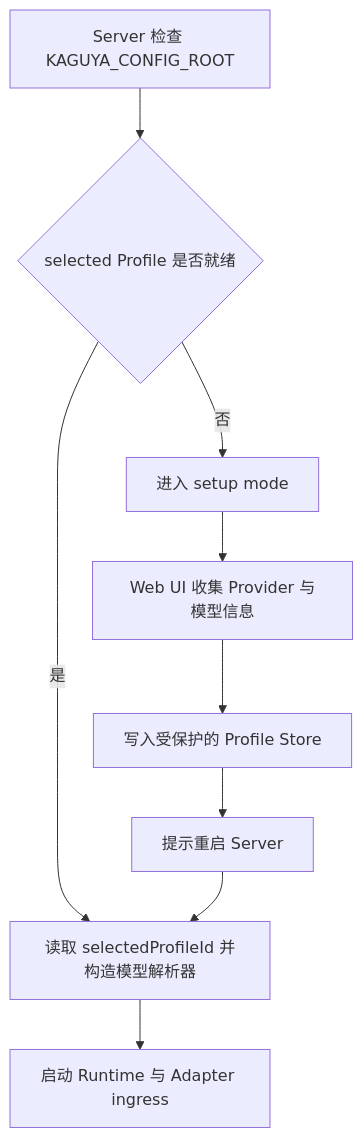
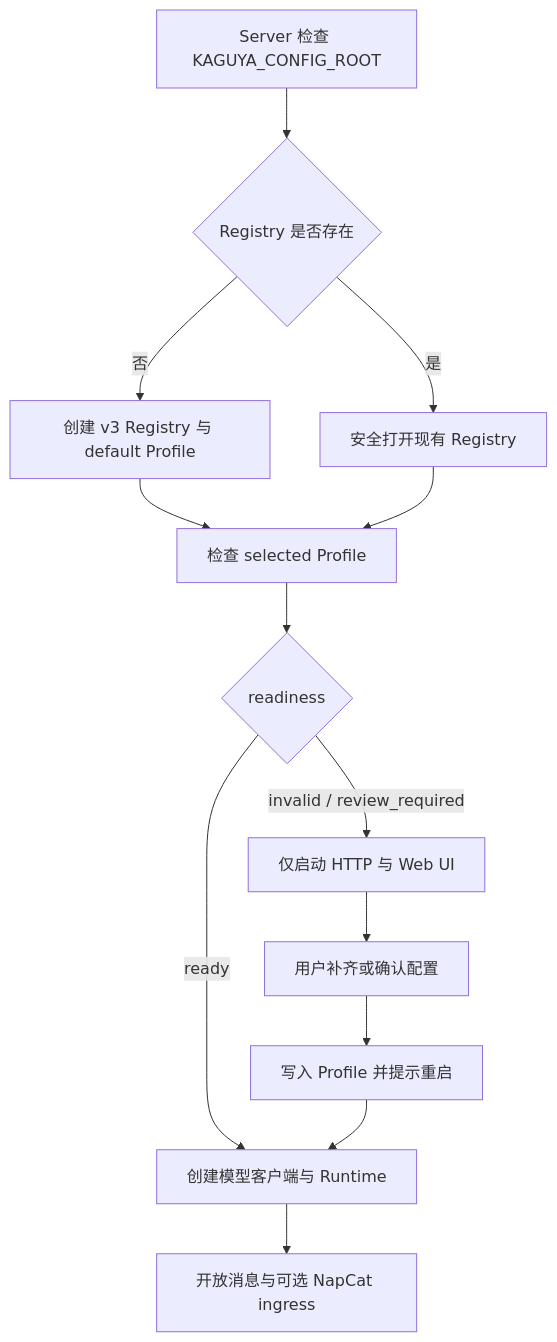
One commit to posanbu/Kaguya changed the diagram in docs/guide/configuration.md. Above: the diagram before and after it, drawn with Mermaid. The commit also changed other lines of this file and 18 other files, not shown here.

Commit message:
docs: fill out design user and architecture guides (#59)

````diff
--- a/docs/guide/configuration.md
+++ b/docs/guide/configuration.md
@@ -12,11 +12,15 @@
 ```mermaid
 flowchart TD
-  A[Server 检查 KAGUYA_CONFIG_ROOT] --> B{selected Profile 是否就绪}
-  B -- 是 --> C[读取 selectedProfileId 并构造模型解析器]
-  C --> D[启动 Runtime 与 Adapter ingress]
-  B -- 否 --> E[进入 setup mode]
-  E --> F[Web UI 收集 Provider 与模型信息]
-  F --> G[写入受保护的 Profile Store]
-  G --> H[提示重启 Server]
-  H --> C
+  A[Server 检查 KAGUYA_CONFIG_ROOT] --> B{Registry 是否存在}
+  B -- 否 --> C[创建 v3 Registry 与 default Profile]
+  B -- 是 --> D[安全打开现有 Registry]
+  C --> E[检查 selected Profile]
+  D --> E
+  E --> F{readiness}
+  F -- invalid / review_required --> G[仅启动 HTTP 与 Web UI]
+  G --> H[用户补齐或确认配置]
+  H --> I[写入 Profile 并提示重启]
+  F -- ready --> J[创建模型客户端与 Runtime]
+  I --> J
+  J --> K[开放消息与可选 NapCat ingress]
 ```
````
